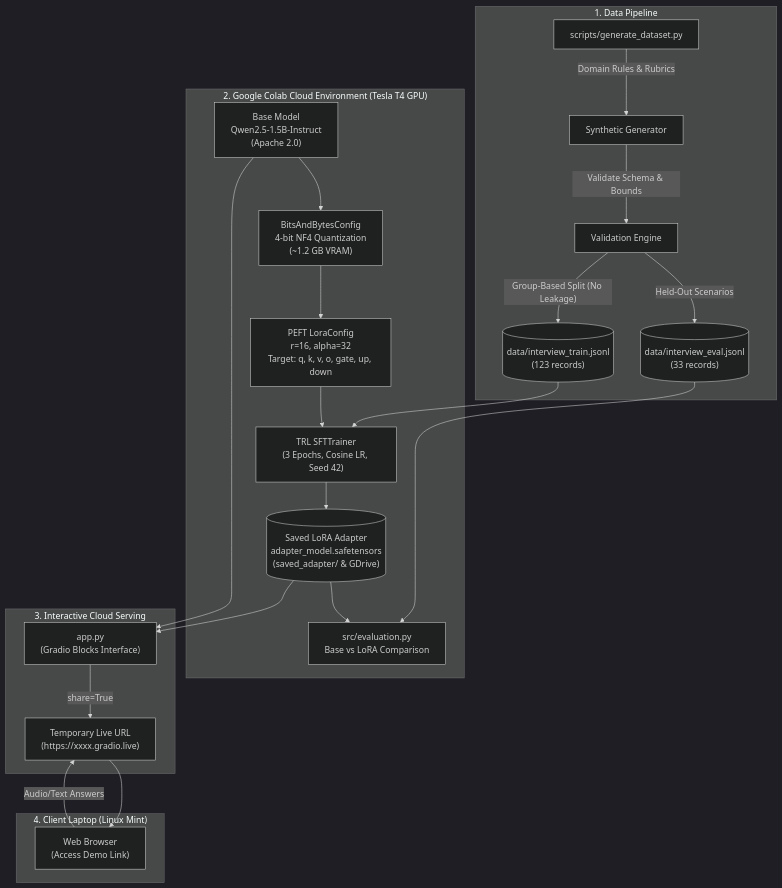
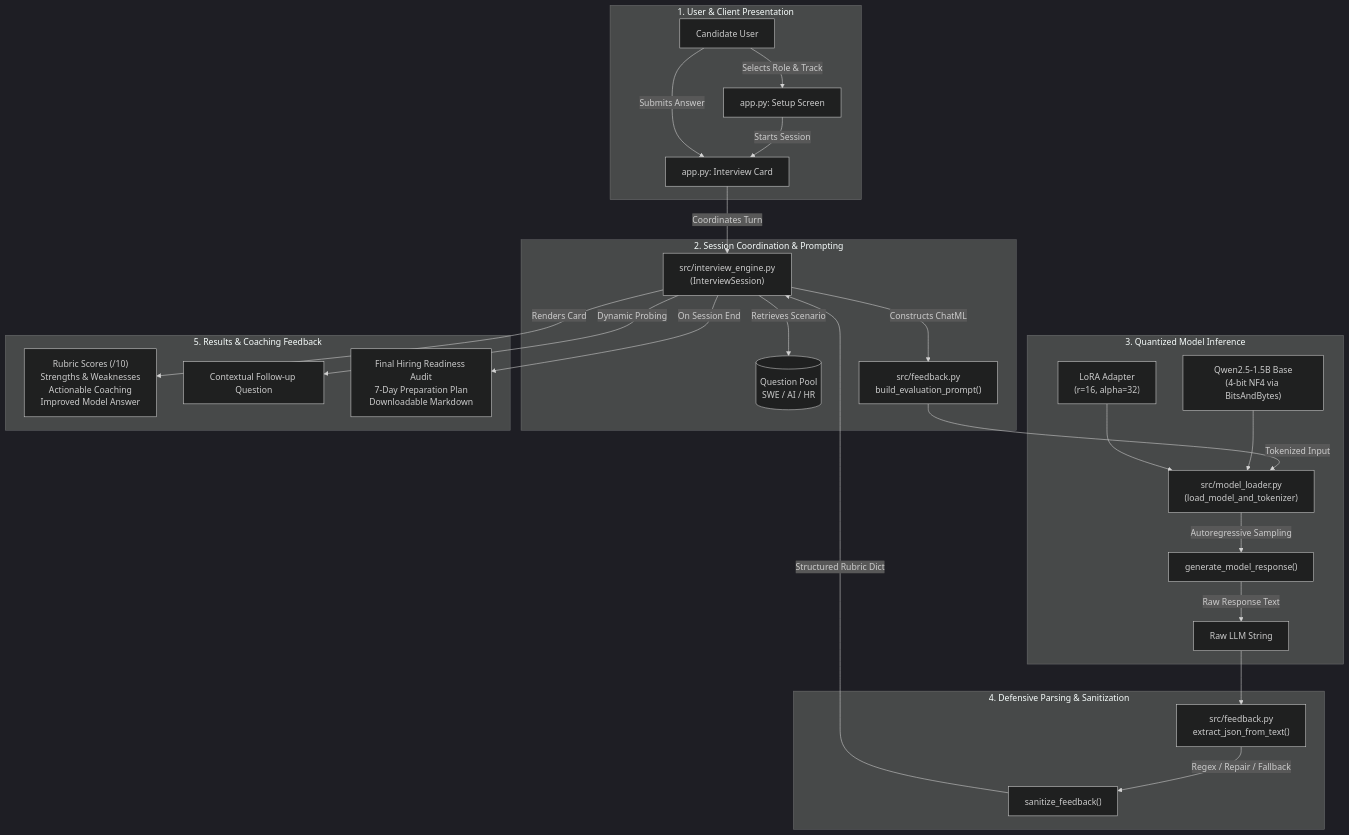
The diagram in README.md (jeevaa006/InterviewMate), drawn with Mermaid (dark theme) before and after one commit. The commit also changed other lines of this file and 4 other files, not shown here.

Commit message:
docs: complete deep learning project submission

````diff
--- a/README.md
+++ b/README.md
@@ -37,36 +96,34 @@
 ```mermaid
 flowchart TD
-    subgraph DataPipeline["1. Data Pipeline"]
-        GenScript["scripts/generate_dataset.py"] -->|"Domain Rules & Rubrics"| SynthGen["Synthetic Generator"]
-        SynthGen -->|"Validate Schema & Bounds"| ValCheck["Validation Engine"]
-        ValCheck -->|"Group-Based Split (No Leakage)"| TrainSet[("data/interview_train.jsonl<br/>(123 records)")]
-        ValCheck -->|"Held-Out Scenarios"| EvalSet[("data/interview_eval.jsonl<br/>(33 records)")]
+    subgraph ClientLayer["1. User & Client Presentation"]
+        Candidate["Candidate User"] -->|"Selects Role & Track"| SetupUI["app.py: Setup Screen"]
+        SetupUI -->|"Starts Session"| ActiveUI["app.py: Interview Card"]
+        Candidate -->|"Submits Answer"| ActiveUI
     end
 
-    subgraph ColabCloud["2. Google Colab Cloud Environment (Tesla T4 GPU)"]
-        BaseModel["Base Model<br/>Qwen2.5-1.5B-Instruct<br/>(Apache 2.0)"]
-        NF4Config["BitsAndBytesConfig<br/>4-bit NF4 Quantization<br/>(~1.2 GB VRAM)"]
-        LoRAConfig["PEFT LoraConfig<br/>r=16, alpha=32<br/>Target: q, k, v, o, gate, up, down"]
-        
-        BaseModel --> NF4Config --> LoRAConfig
-        TrainSet --> SFT["TRL SFTTrainer<br/>(3 Epochs, Cosine LR, Seed 42)"]
-        LoRAConfig --> SFT
-        SFT --> SavedAdapter[("Saved LoRA Adapter<br/>adapter_model.safetensors<br/>(saved_adapter/ & GDrive)")]
-        
-        EvalSet --> Benchmarking["src/evaluation.py<br/>Base vs LoRA Comparison"]
-        SavedAdapter --> Benchmarking
+    subgraph LogicLayer["2. Session Coordination & Prompting"]
+        ActiveUI -->|"Coordinates Turn"| Engine["src/interview_engine.py<br/>(InterviewSession)"]
+        Engine -->|"Retrieves Scenario"| QuestionBank[("Question Pool<br/>SWE / AI / HR")]
+        Engine -->|"Constructs ChatML"| PromptBuilder["src/feedback.py<br/>build_evaluation_prompt()"]
     end
 
-    subgraph Serving["3. Interactive Cloud Serving"]
-        App["app.py<br/>(Gradio Blocks Interface)"]
-        SavedAdapter --> App
-        BaseModel --> App
-        App -->|"share=True"| PublicLink["Temporary Live URL<br/>(https://xxxx.gradio.live)"]
+    subgraph DeepLearningLayer["3. Quantized Model Inference"]
+        PromptBuilder -->|"Tokenized Input"| ModelLoader["src/model_loader.py<br/>(load_model_and_tokenizer)"]
+        BaseWeights["Qwen2.5-1.5B Base<br/>(4-bit NF4 via BitsAndBytes)"] --> ModelLoader
+        LoRAWeights["LoRA Adapter<br/>(r=16, alpha=32)"] --> ModelLoader
+        ModelLoader -->|"Autoregressive Sampling"| Generator["generate_model_response()"]
+        Generator -->|"Raw Response Text"| RawOutput["Raw LLM String"]
     end
 
-    subgraph Client["4. Client Laptop (Linux Mint)"]
-        Browser["Web Browser<br/>(Access Demo Link)"]
-        PublicLink --> Browser
-        Browser -->|"Audio/Text Answers"| PublicLink
+    subgraph DefensiveLayer["4. Defensive Parsing & Sanitization"]
+        RawOutput --> Parser["src/feedback.py<br/>extract_json_from_text()"]
+        Parser -->|"Regex / Repair / Fallback"| Sanitizer["sanitize_feedback()"]
+        Sanitizer -->|"Structured Rubric Dict"| Engine
+    end
+
+    subgraph OutputLayer["5. Results & Coaching Feedback"]
+        Engine -->|"Renders Card"| ScoreDisplay["Rubric Scores (/10)<br/>Strengths & Weaknesses<br/>Actionable Coaching<br/>Improved Model Answer"]
+        Engine -->|"Dynamic Probing"| FollowUp["Contextual Follow-up Question"]
+        Engine -->|"On Session End"| FinalReport["Final Hiring Readiness Audit<br/>7-Day Preparation Plan<br/>Downloadable Markdown"]
     end
 ```
````
